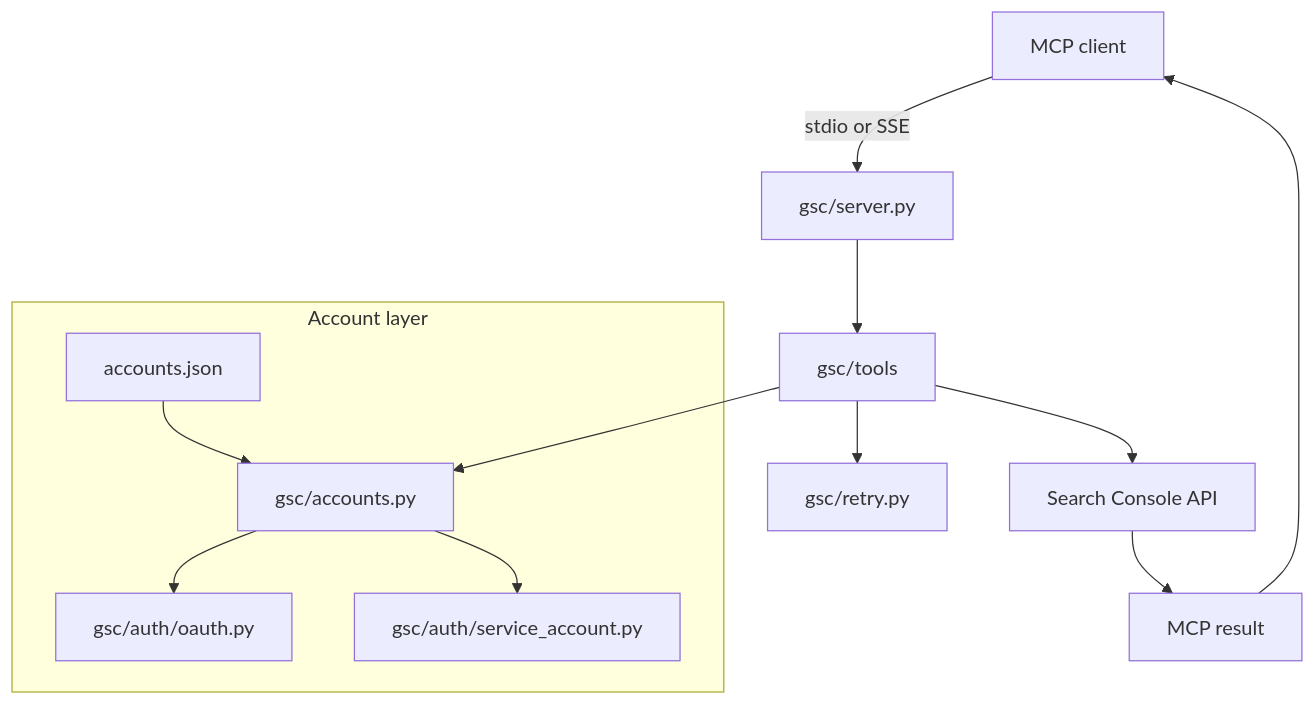
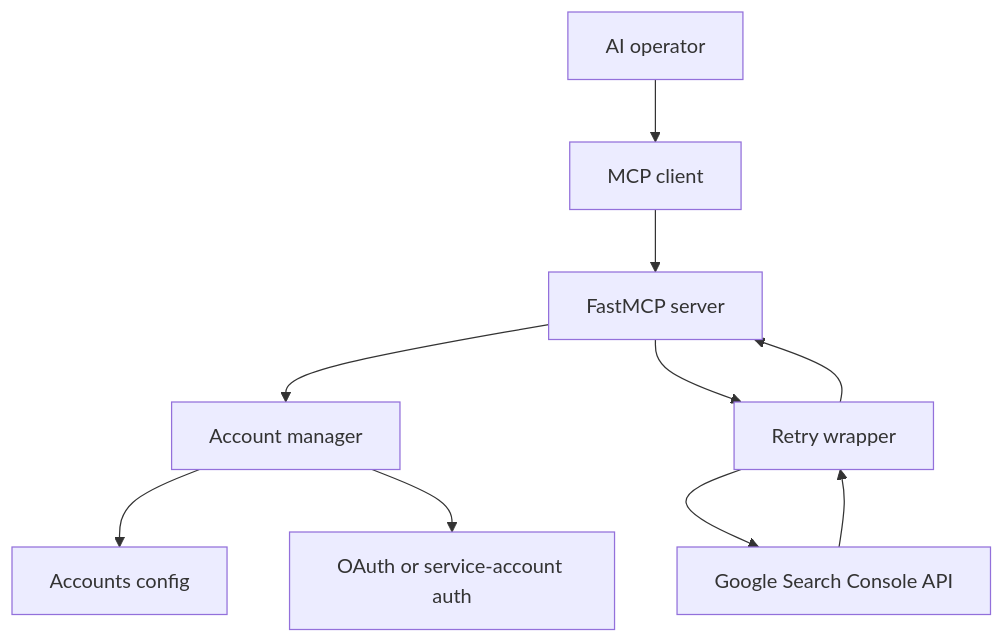
Before and after one commit to apexradius/mcp-search-console: the first of 2 diagrams in README.md, drawn with Mermaid. The commit also changed other lines of this file and 2 other files, not shown here.

````diff
--- a/README.md
+++ b/README.md
@@ -18,17 +18,11 @@
 ```mermaid
 flowchart TD
-    Client[MCP client] -->|stdio or SSE| Server[gsc/server.py]
-
-    subgraph Account layer
-        Config[accounts.json] --> Accounts[gsc/accounts.py]
-        Accounts --> OAuth[gsc/auth/oauth.py]
-        Accounts --> Service[gsc/auth/service_account.py]
-    end
-
-    Server --> Tools[gsc/tools]
-    Tools --> Accounts
-    Tools --> Retry[gsc/retry.py]
-    Tools --> API[Search Console API]
-    API --> Result[MCP result]
-    Result --> Client
+  U[AI operator] --> C[MCP client]
+  C --> S[FastMCP server]
+  S --> M[Account manager]
+  M --> F[Accounts config]
+  M --> A[OAuth or service-account auth]
+  S --> R[Retry wrapper]
+  R --> G[Google Search Console API]
+  G --> R --> S
 ```
````
